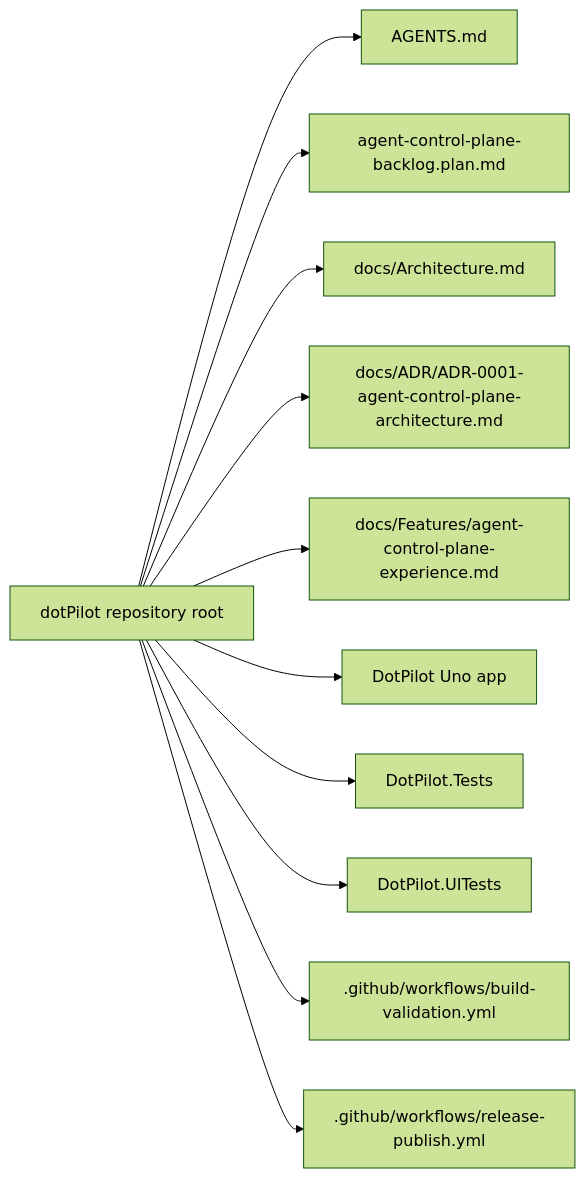
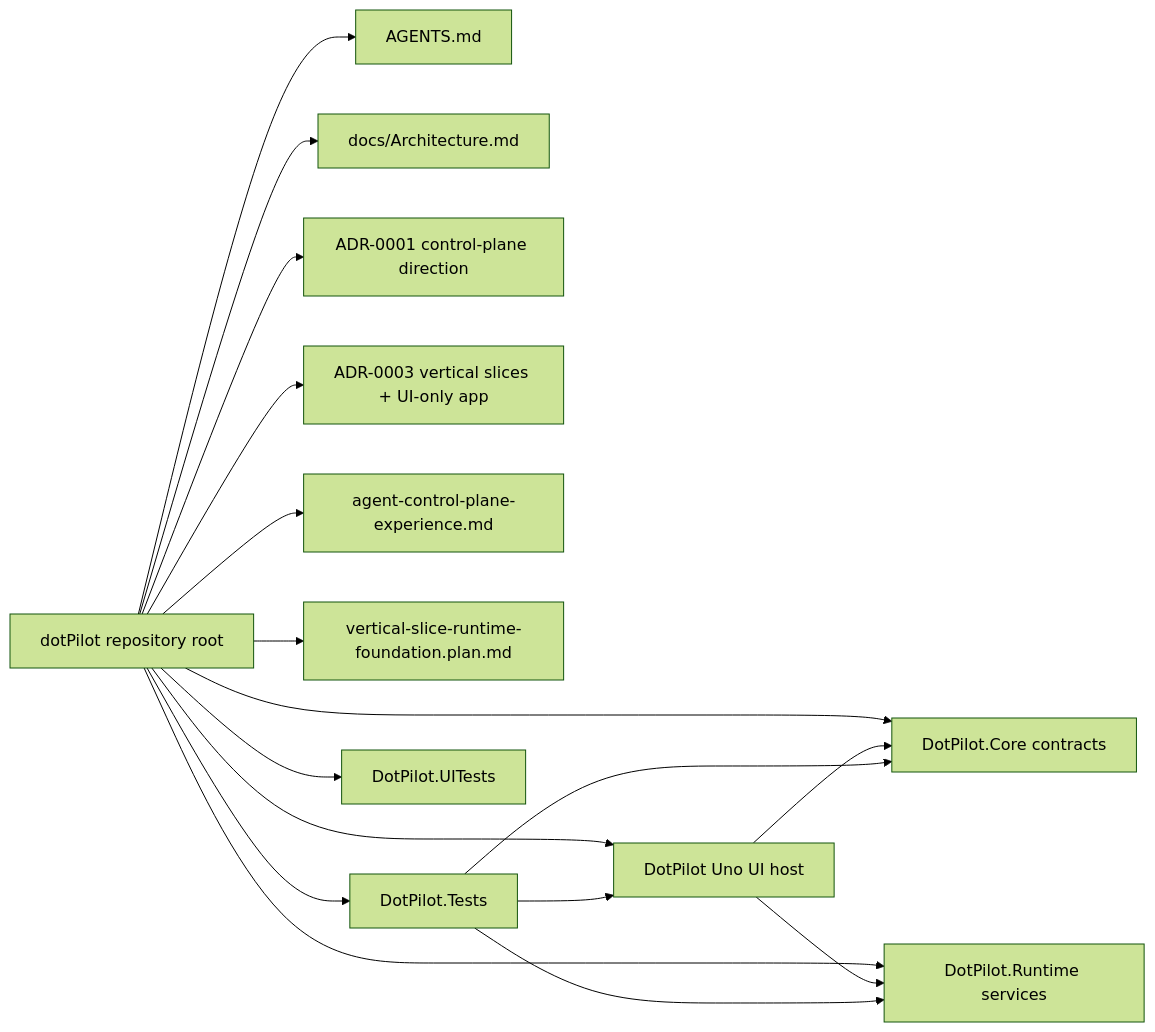
Before and after one commit to managedcode/dotPilot: the first of 3 diagrams in docs/Architecture.md, drawn with Mermaid (forest theme). The commit also changed other lines of this file and 45 other files, not shown here.

Commit message:
Add vertical-slice runtime foundation

````diff
--- a/docs/Architecture.md
+++ b/docs/Architecture.md
@@ -25,25 +25,32 @@
 ```mermaid
 flowchart LR
   Root["dotPilot repository root"]
-  RootAgents["AGENTS.md"]
-  Plan["agent-control-plane-backlog.plan.md"]
+  Governance["AGENTS.md"]
   Architecture["docs/Architecture.md"]
-  Adr["docs/ADR/ADR-0001-agent-control-plane-architecture.md"]
-  Feature["docs/Features/agent-control-plane-experience.md"]
-  App["DotPilot Uno app"]
+  Adr1["ADR-0001 control-plane direction"]
+  Adr3["ADR-0003 vertical slices + UI-only app"]
+  Feature["agent-control-plane-experience.md"]
+  Plan["vertical-slice-runtime-foundation.plan.md"]
+  Ui["DotPilot Uno UI host"]
+  Core["DotPilot.Core contracts"]
+  Runtime["DotPilot.Runtime services"]
   Unit["DotPilot.Tests"]
-  Ui["DotPilot.UITests"]
-  BuildWorkflow[".github/workflows/build-validation.yml"]
-  ReleaseWorkflow[".github/workflows/release-publish.yml"]
+  UiTests["DotPilot.UITests"]
 
-  Root --> RootAgents
+  Root --> Governance
+  Root --> Architecture
+  Root --> Adr1
+  Root --> Adr3
+  Root --> Feature
   Root --> Plan
-  Root --> Architecture
-  Root --> Adr
-  Root --> Feature
-  Root --> App
+  Root --> Ui
+  Root --> Core
+  Root --> Runtime
   Root --> Unit
-  Root --> Ui
-  Root --> BuildWorkflow
-  Root --> ReleaseWorkflow
+  Root --> UiTests
+  Ui --> Core
+  Ui --> Runtime
+  Unit --> Ui
+  Unit --> Core
+  Unit --> Runtime
 ```
````
